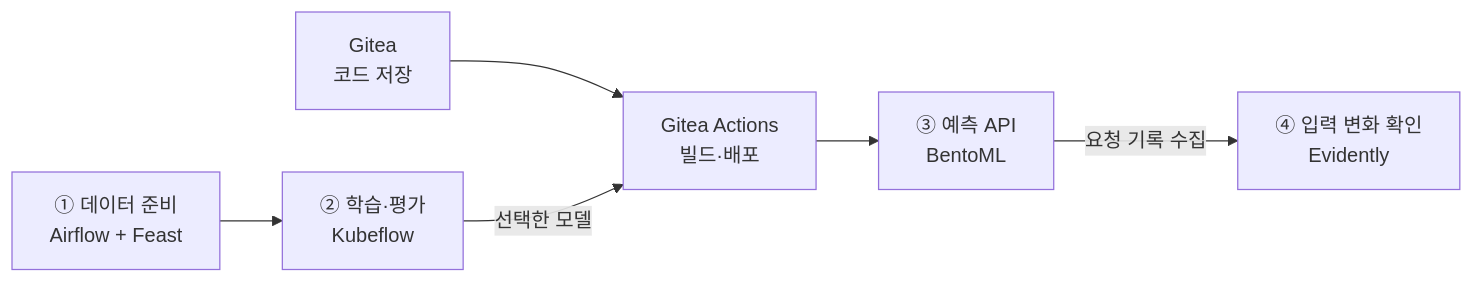
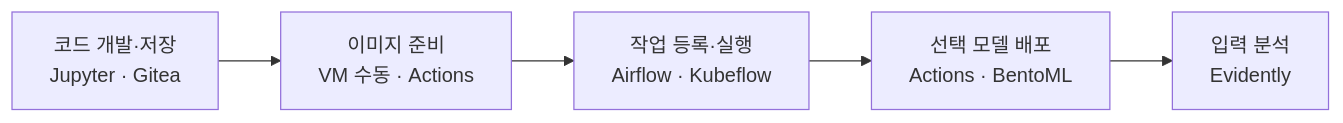
One commit to HeesangJin/tech-blog changed the diagram in docs/mlops/model-serving-monitoring.md. Above: the diagram before and after it, drawn with Mermaid. The commit also changed other lines of this file, not shown here.

````diff
--- a/docs/mlops/model-serving-monitoring.md
+++ b/docs/mlops/model-serving-monitoring.md
@@ -13,12 +36,9 @@
 ```mermaid
 flowchart LR
-    G["Gitea<br/>코드 저장"] --> X["Gitea Actions<br/>빌드·배포"]
-    A["① 데이터 준비<br/>Airflow + Feast"]
-    B["② 학습·평가<br/>Kubeflow"]
-    C["③ 예측 API<br/>BentoML"]
-    D["④ 입력 변화 확인<br/>Evidently"]
-    A --> B
-    B -->|"선택한 모델"| X
-    X --> C
-    C -->|"요청 기록 수집"| D
+    G["코드 개발·저장<br/>Jupyter · Gitea"]
+    I["이미지 준비<br/>VM 수동 · Actions"]
+    R["작업 등록·실행<br/>Airflow · Kubeflow"]
+    S["선택 모델 배포<br/>Actions · BentoML"]
+    M["입력 분석<br/>Evidently"]
+    G --> I --> R --> S --> M
 ```
````
